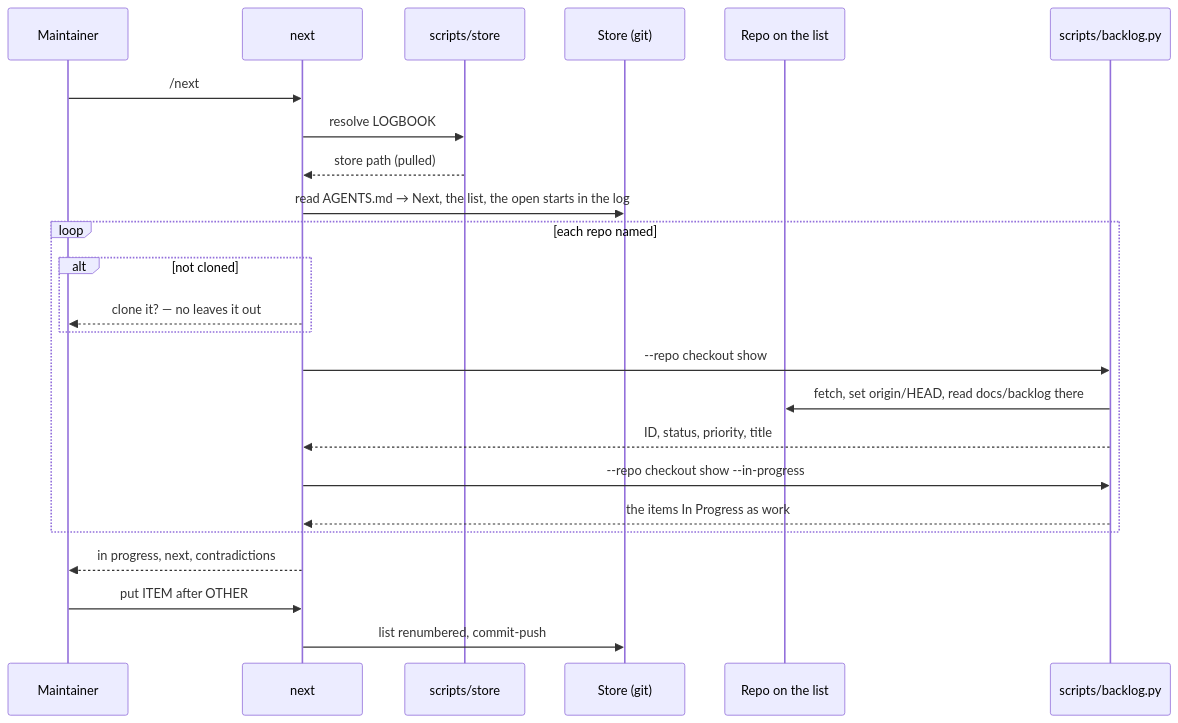
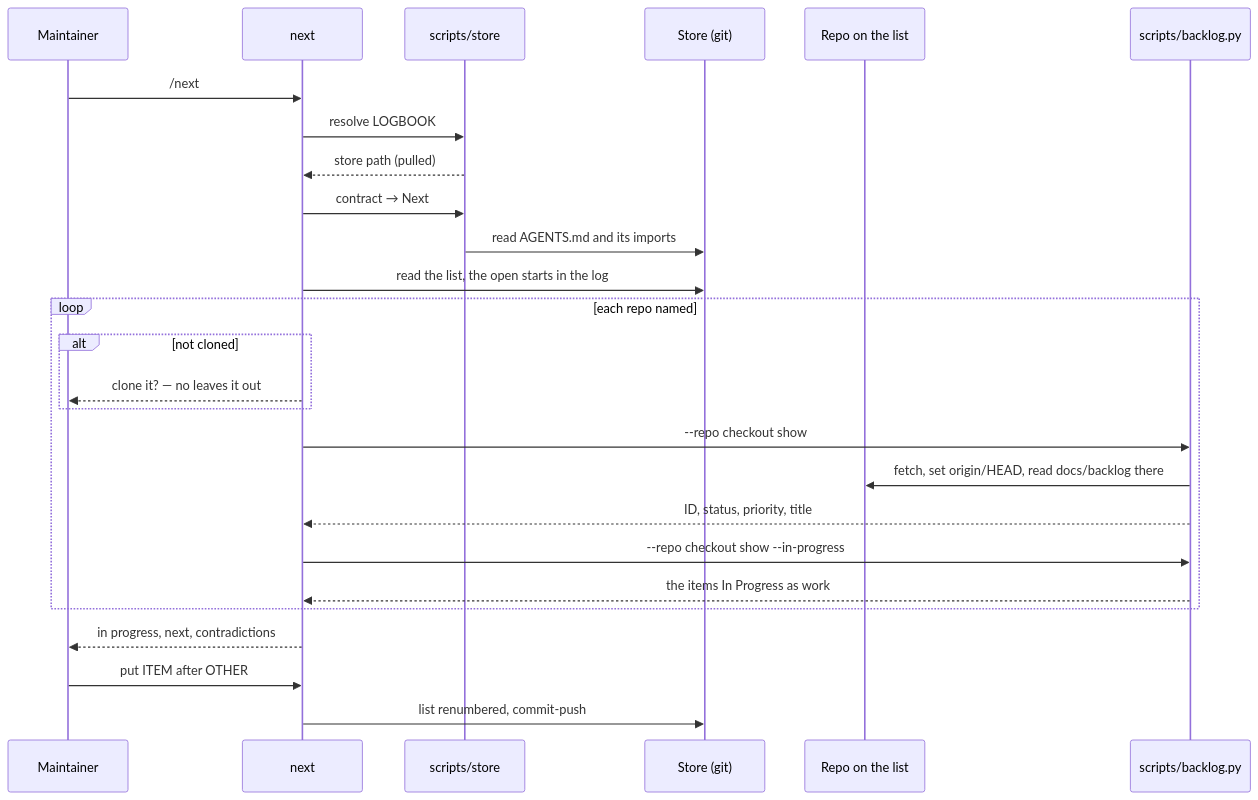
One commit to xxthunder/xxthunder-agentic-skills changed the eighth of 8 diagrams in docs/architecture.md. Above: the diagram before and after it, drawn with Mermaid. The commit also changed other lines of this file and 8 other files, not shown here.

First line of the commit message:
feat(store): read a contract through AGENTS.md imports (XAS-045)

````diff
--- a/docs/architecture.md
+++ b/docs/architecture.md
@@ -285,26 +290,28 @@
 ```mermaid
 sequenceDiagram
     participant U as Maintainer
     participant N as next
     participant S as scripts/store
     participant K as Store (git)
     participant R as Repo on the list
     participant P as scripts/backlog.py
     U->>N: /next
     N->>S: resolve LOGBOOK
     S-->>N: store path (pulled)
-    N->>K: read AGENTS.md → Next, the list, the open starts in the log
+    N->>S: contract → Next
+    S->>K: read AGENTS.md and its imports
+    N->>K: read the list, the open starts in the log
     loop each repo named
         alt not cloned
             N-->>U: clone it? — no leaves it out
         end
         N->>P: --repo checkout show
         P->>R: fetch, set origin/HEAD, read docs/backlog there
         P-->>N: ID, status, priority, title
         N->>P: --repo checkout show --in-progress
         P-->>N: the items In Progress as work
     end
     N-->>U: in progress, next, contradictions
     U->>N: put ITEM after OTHER
     N->>K: list renumbered, commit-push
 ```
````
